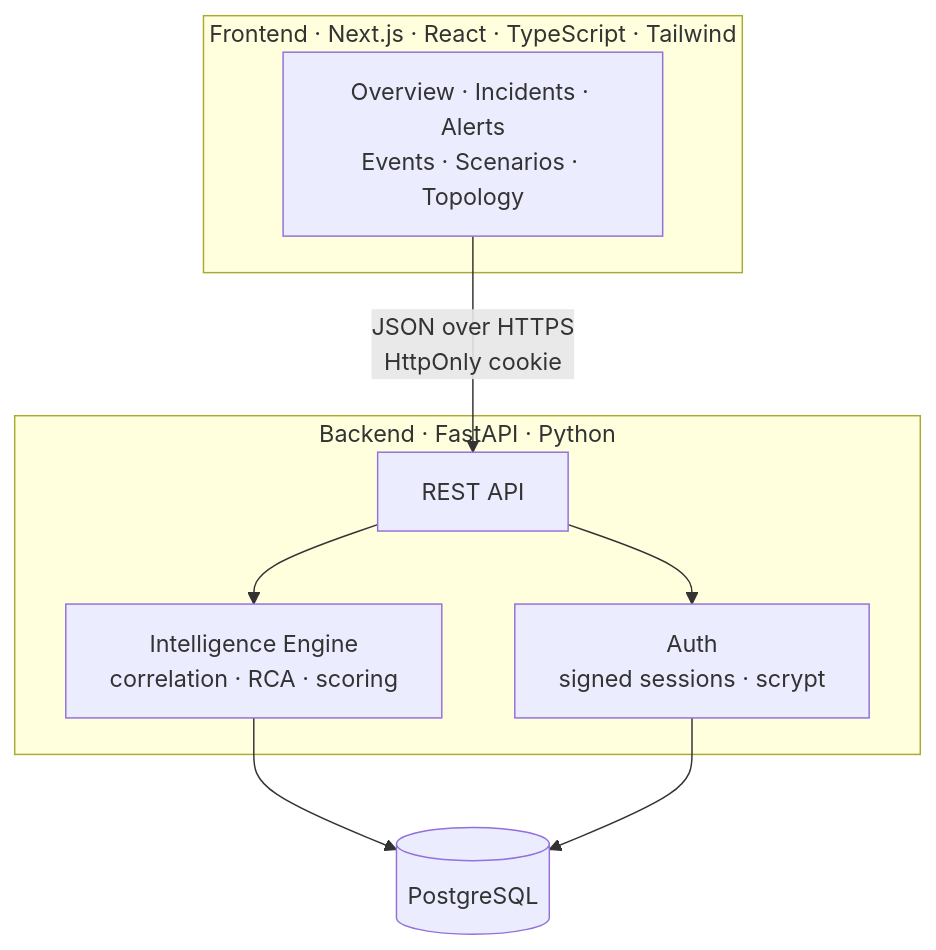
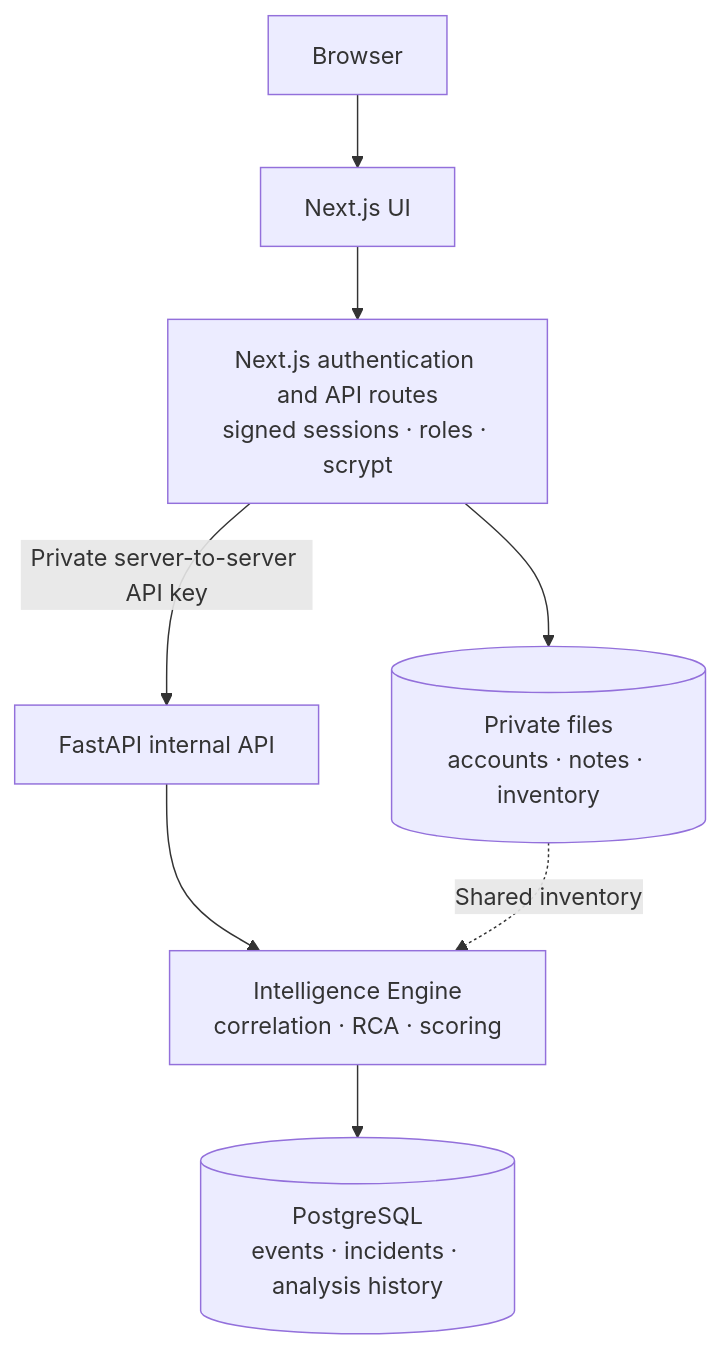
The second of 2 diagrams in README.md (lsequx/Nexus), drawn with Mermaid before and after one commit. The commit also changed other lines of this file, not shown here.

Commit message:
Update README for topology Docker workflow and security changes

````diff
--- a/README.md
+++ b/README.md
@@ -168,20 +169,10 @@
 ```mermaid
 flowchart TB
-    subgraph Client["Frontend · Next.js · React · TypeScript · Tailwind"]
-        UI[Overview · Incidents · Alerts<br/>Events · Scenarios · Topology]
-    end
-
-    subgraph Server["Backend · FastAPI · Python"]
-        API[REST API]
-        AUTH[Auth<br/>signed sessions · scrypt]
-        ENGINE[Intelligence Engine<br/>correlation · RCA · scoring]
-    end
-
-    DB[(PostgreSQL)]
-
-    UI -- JSON over HTTPS<br/>HttpOnly cookie --> API
-    API --> AUTH
-    API --> ENGINE
-    ENGINE --> DB
-    AUTH --> DB
+    Browser[Browser] --> UI[Next.js UI]
+    UI --> AUTH[Next.js authentication and API routes<br/>signed sessions · roles · scrypt]
+    AUTH --> FILES[(Private files<br/>accounts · notes · inventory)]
+    AUTH -- Private server-to-server API key --> API[FastAPI internal API]
+    API --> ENGINE[Intelligence Engine<br/>correlation · RCA · scoring]
+    ENGINE --> DB[(PostgreSQL<br/>events · incidents · analysis history)]
+    FILES -. Shared inventory .-> ENGINE
 ```
````
